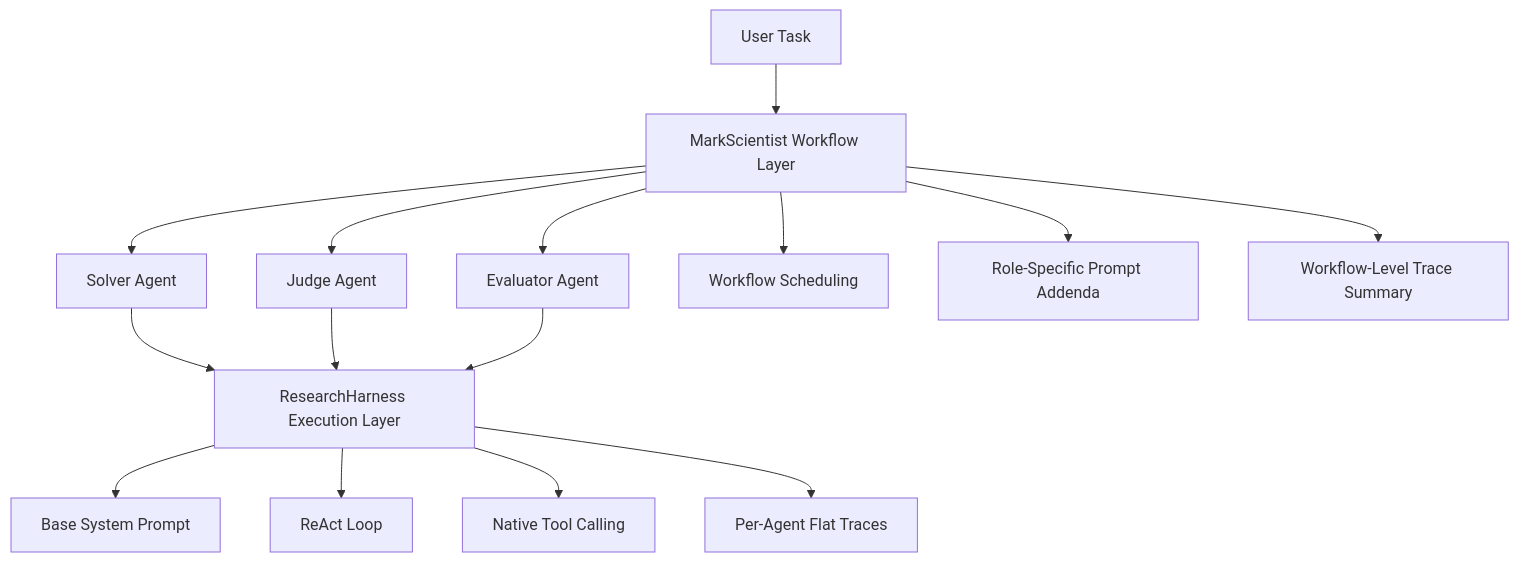
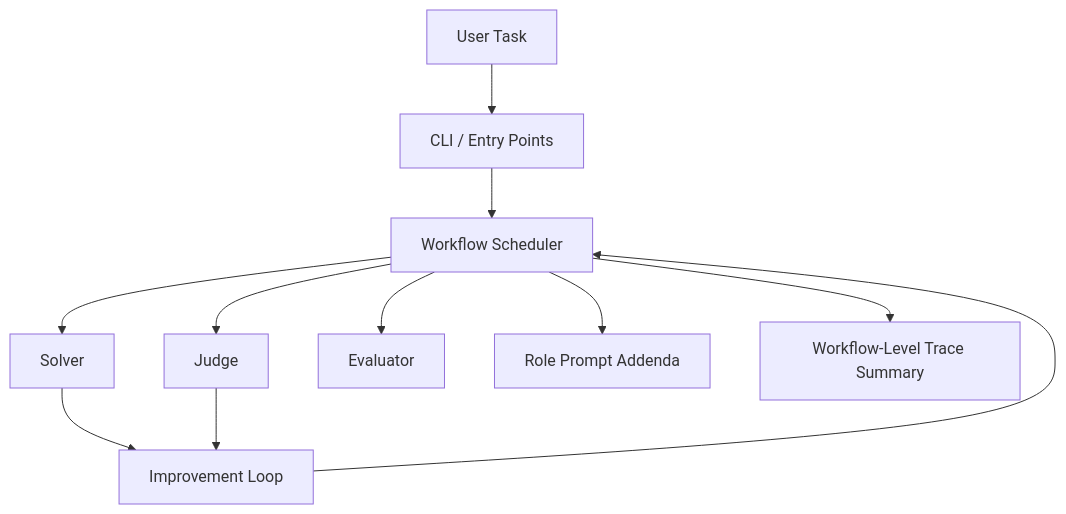
Before and after one commit to robbenplus/MarkScientist: the first of 2 diagrams in README.md, drawn with Mermaid. The commit also changed other lines of this file, not shown here.

Commit message:
Clarify README architecture diagrams

````diff
--- a/README.md
+++ b/README.md
@@ -42,17 +42,13 @@
 ```mermaid
 flowchart TD
-    U[User Task] --> MS[MarkScientist Workflow Layer]
-    MS --> S[Solver Agent]
-    MS --> J[Judge Agent]
-    MS --> E[Evaluator Agent]
-    S --> RH[ResearchHarness Execution Layer]
-    J --> RH
-    E --> RH
-    RH --> P[Base System Prompt]
-    RH --> R[ReAct Loop]
-    RH --> T[Native Tool Calling]
-    RH --> X[Per-Agent Flat Traces]
-    MS --> W[Workflow Scheduling]
-    MS --> A[Role-Specific Prompt Addenda]
-    MS --> Y[Workflow-Level Trace Summary]
+    U[User Task] --> CLI[CLI / Entry Points]
+    CLI --> WF[Workflow Scheduler]
+    WF --> S[Solver]
+    WF --> J[Judge]
+    WF --> E[Evaluator]
+    S --> IL[Improvement Loop]
+    J --> IL
+    IL --> WF
+    WF --> RP[Role Prompt Addenda]
+    WF --> WR[Workflow-Level Trace Summary]
 ```
````
